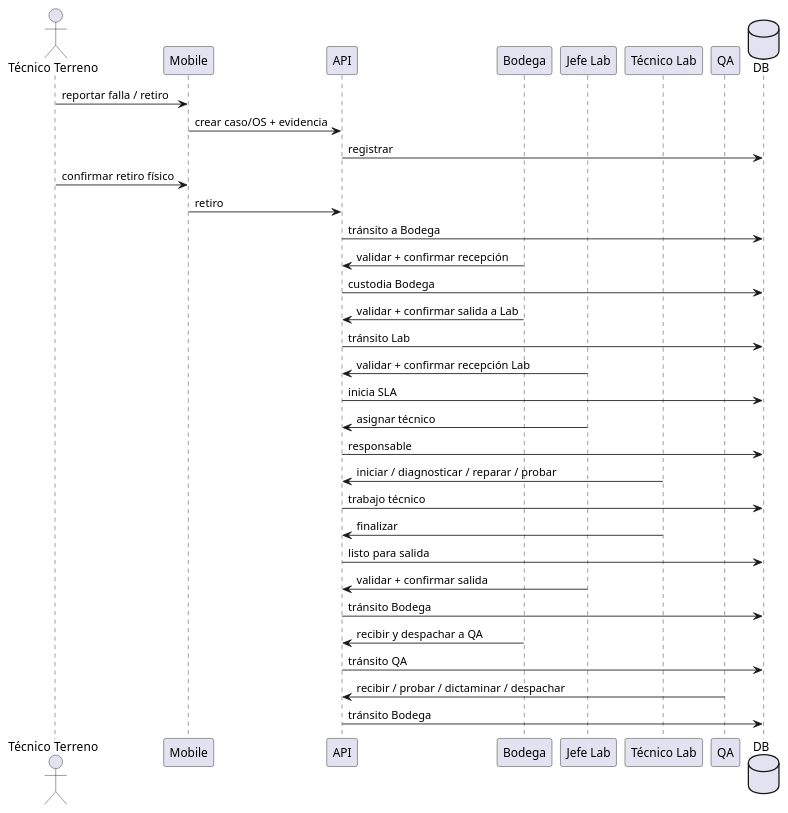
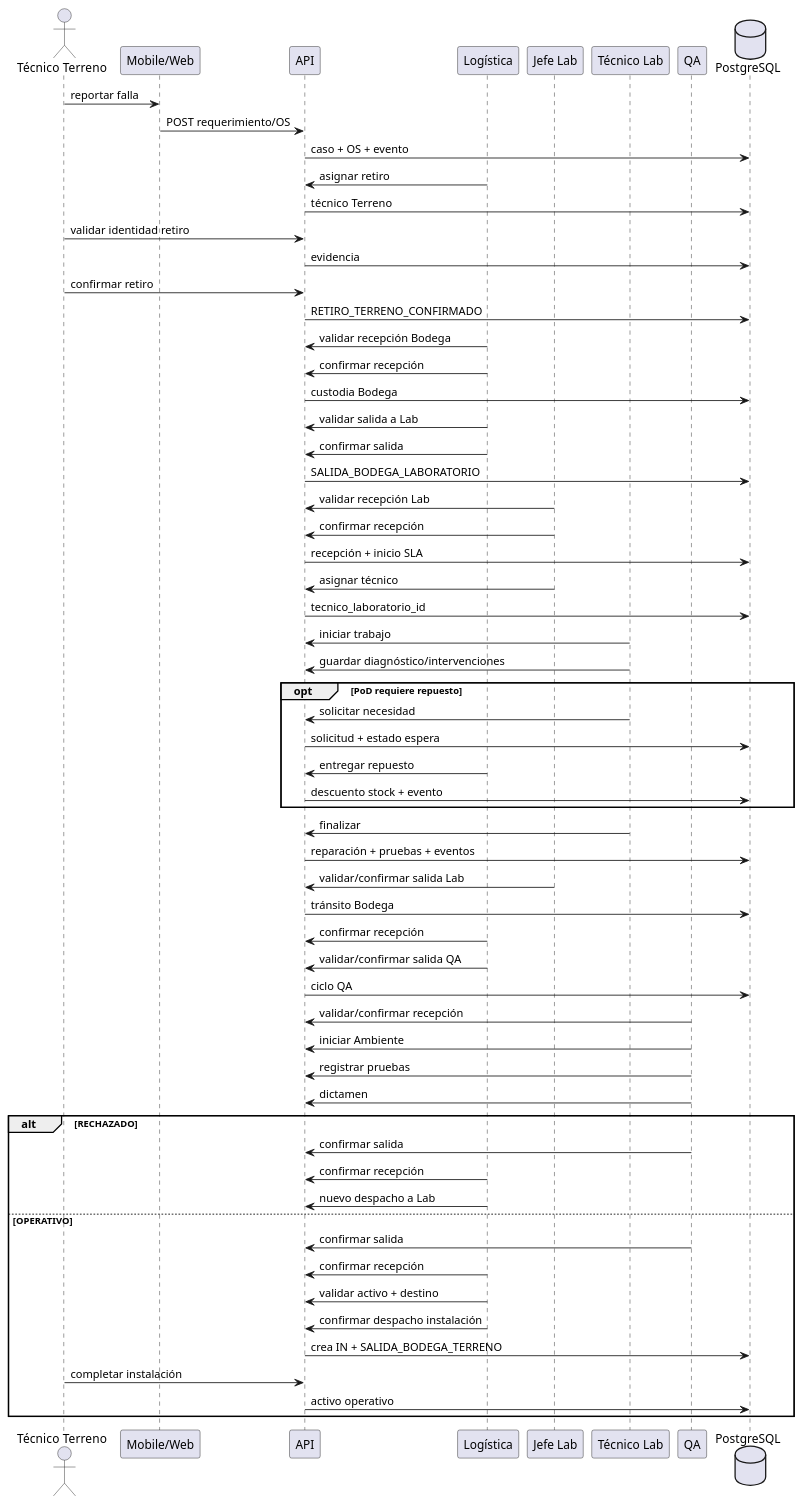
One commit to RafaOteiza/pmp-suite-capstone changed the diagram in Documentacion Capstone/Artefactos Metodologia Cascada/Diagramas_PlantUML/08_UML_Secuencia_Flujo_Principal_V2.0.md. Above: the diagram before and after it, drawn with PlantUML. The commit also changed other lines of this file and 31 other files, not shown here.

````diff
--- a/Documentacion Capstone/Artefactos Metodologia Cascada/Diagramas_PlantUML/08_UML_Secuencia_Flujo_Principal_V2.0.md
+++ b/Documentacion Capstone/Artefactos Metodologia Cascada/Diagramas_PlantUML/08_UML_Secuencia_Flujo_Principal_V2.0.md
@@ -3,40 +3,74 @@
 ```plantuml
 @startuml
 actor "Técnico Terreno" as TT
-participant Mobile
+participant "Mobile/Web" as UI
 participant API
-participant Bodega
+participant "Logística" as B
 participant "Jefe Lab" as JL
 participant "Técnico Lab" as TL
 participant QA
-database DB
+database PostgreSQL as DB
 
-TT -> Mobile : reportar falla / retiro
-Mobile -> API : crear caso/OS + evidencia
-API -> DB : registrar
-TT -> Mobile : confirmar retiro físico
-Mobile -> API : retiro
-API -> DB : tránsito a Bodega
+TT -> UI : reportar falla
+UI -> API : POST requerimiento/OS
+API -> DB : caso + OS + evento
 
-Bodega -> API : validar + confirmar recepción
+B -> API : asignar retiro
+API -> DB : técnico Terreno
+
+TT -> API : validar identidad retiro
+API -> DB : evidencia
+TT -> API : confirmar retiro
+API -> DB : RETIRO_TERRENO_CONFIRMADO
+
+B -> API : validar recepción Bodega
+B -> API : confirmar recepción
 API -> DB : custodia Bodega
-Bodega -> API : validar + confirmar salida a Lab
-API -> DB : tránsito Lab
 
-JL -> API : validar + confirmar recepción Lab
-API -> DB : inicia SLA
+B -> API : validar salida a Lab
+B -> API : confirmar salida
+API -> DB : SALIDA_BODEGA_LABORATORIO
+
+JL -> API : validar recepción Lab
+JL -> API : confirmar recepción
+API -> DB : recepción + inicio SLA
 JL -> API : asignar técnico
-API -> DB : responsable
-TL -> API : iniciar / diagnosticar / reparar / probar
-API -> DB : trabajo técnico
+API -> DB : tecnico_laboratorio_id
+
+TL -> API : iniciar trabajo
+TL -> API : guardar diagnóstico/intervenciones
+opt PoD requiere repuesto
+ TL -> API : solicitar necesidad
+ API -> DB : solicitud + estado espera
+ B -> API : entregar repuesto
+ API -> DB : descuento stock + evento
+end
 TL -> API : finalizar
-API -> DB : listo para salida
+API -> DB : reparación + pruebas + eventos
 
-JL -> API : validar + confirmar salida
+JL -> API : validar/confirmar salida Lab
 API -> DB : tránsito Bodega
-Bodega -> API : recibir y despachar a QA
-API -> DB : tránsito QA
-QA -> API : recibir / probar / dictaminar / despachar
-API -> DB : tránsito Bodega
+
+B -> API : confirmar recepción
+B -> API : validar/confirmar salida QA
+API -> DB : ciclo QA
+
+QA -> API : validar/confirmar recepción
+QA -> API : iniciar Ambiente
+QA -> API : registrar pruebas
+QA -> API : dictamen
+alt RECHAZADO
+ QA -> API : confirmar salida
+ B -> API : confirmar recepción
+ B -> API : nuevo despacho a Lab
+else OPERATIVO
+ QA -> API : confirmar salida
+ B -> API : confirmar recepción
+ B -> API : validar activo + destino
+ B -> API : confirmar despacho instalación
+ API -> DB : crea IN + SALIDA_BODEGA_TERRENO
+ TT -> API : completar instalación
+ API -> DB : activo operativo
+end
 @enduml
 ```
````
